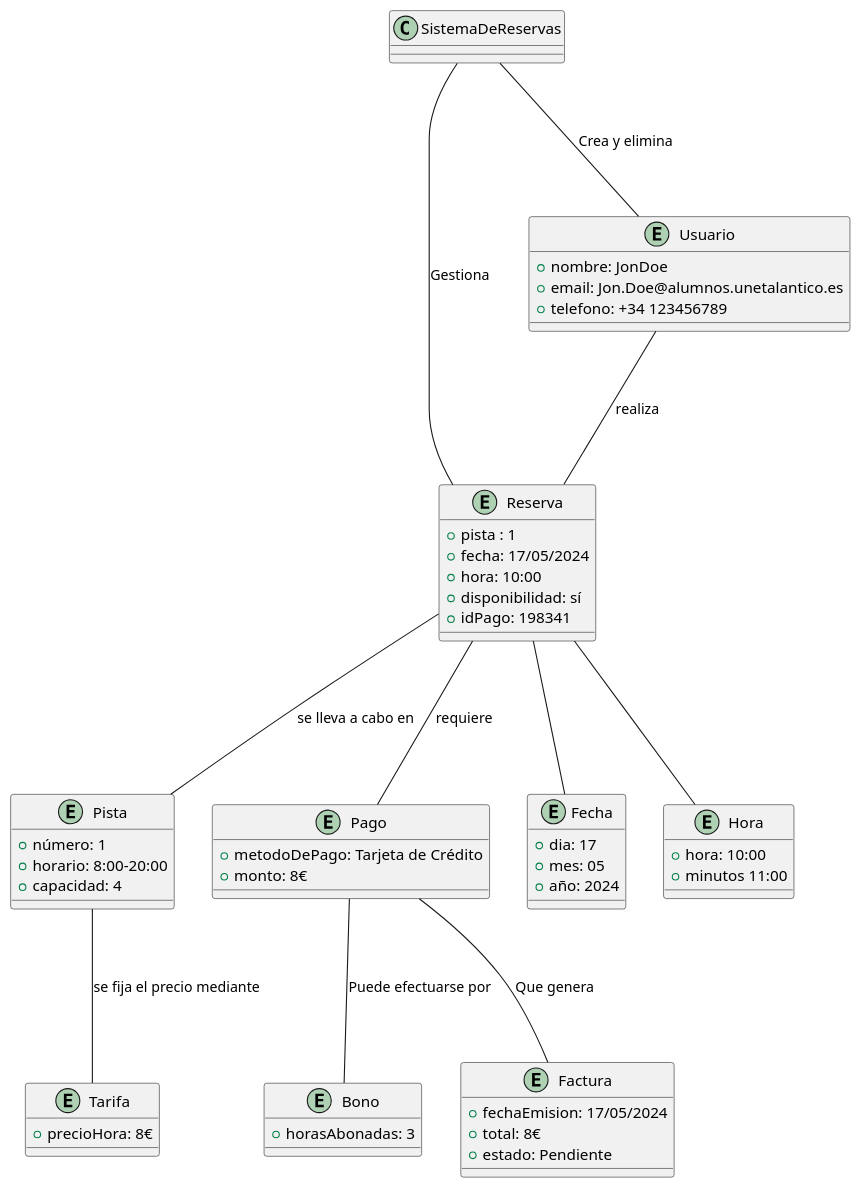
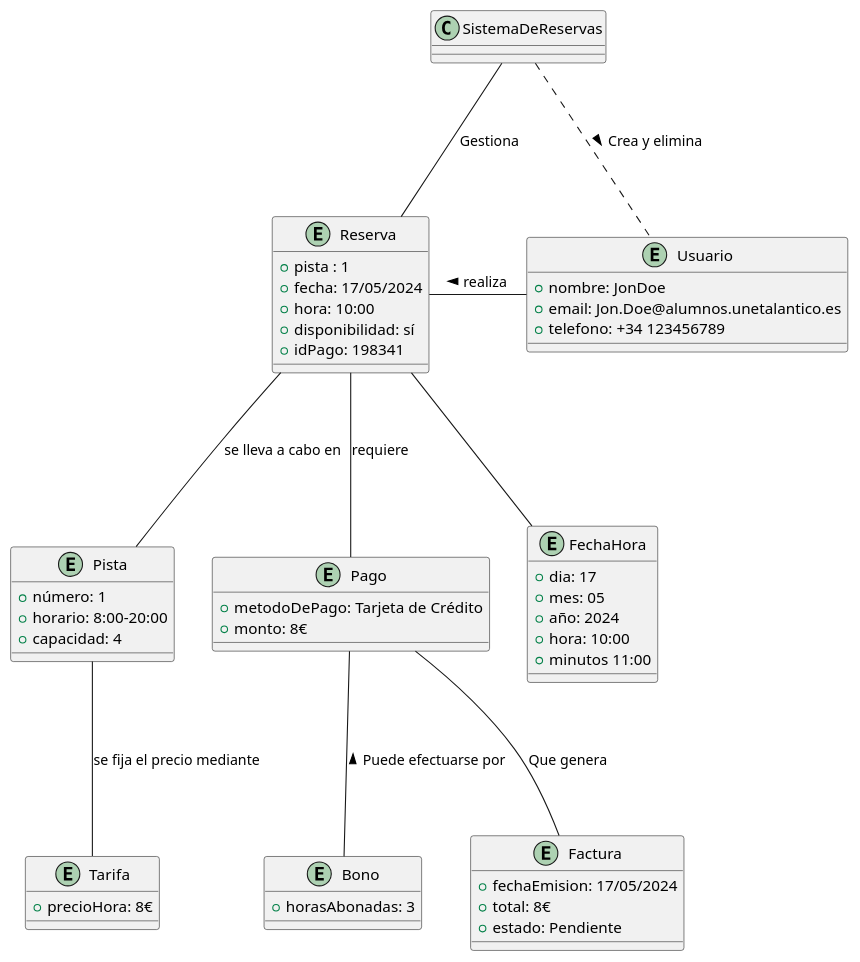
One commit to pablarce/23-24-IdSw1-SDR changed the diagram in ModeloDeDominio/DiagramaDeObjetos.puml. Above: the diagram before and after it, drawn with PlantUML. The commit also changed 3 other files, not shown here.

```diff
--- a/ModeloDeDominio/DiagramaDeObjetos.puml
+++ b/ModeloDeDominio/DiagramaDeObjetos.puml
@@ -1,55 +1,54 @@
 @startuml
 
 entity Reserva {
   + pista : 1
   + fecha: 17/05/2024
   + hora: 10:00
   + disponibilidad: sí
   + idPago: 198341
 }
 entity Usuario {
   + nombre: JonDoe
   + email: Jon.Doe@alumnos.unetalantico.es
   + telefono: +34 123456789
 }
 entity Pista {
   + número: 1 
   + horario: 8:00-20:00
   + capacidad: 4
 }
 entity Pago {
   + metodoDePago: Tarjeta de Crédito
   + monto: 8€
 }
 entity Bono {
   + horasAbonadas: 3
 }
 entity Factura {
   + fechaEmision: 17/05/2024 
   + total: 8€
   + estado: Pendiente
 }
 entity Tarifa {
   + precioHora: 8€
 }
-entity Fecha {
+entity FechaHora {
   + dia: 17
   + mes: 05
   + año: 2024
-}
-entity Hora {
   + hora: 10:00
   + minutos 11:00
 }
-SistemaDeReservas --- Usuario : Crea y elimina
+
+SistemaDeReservas .. Usuario :> Crea y elimina
 SistemaDeReservas --- Reserva : Gestiona
-Usuario --- Reserva: realiza
+Usuario --left- Reserva:> realiza
 Reserva --- Pago: requiere
 Reserva --- Pista: se lleva a cabo en
 Pista --- Tarifa: se fija el precio mediante
-Reserva --- Fecha
-Reserva --- Hora
+Reserva --- FechaHora
+
 Pago --- Factura: Que genera 
-Pago --- Bono : Puede efectuarse por
+Pago --- Bono : < Puede efectuarse por
 
 @enduml
```
